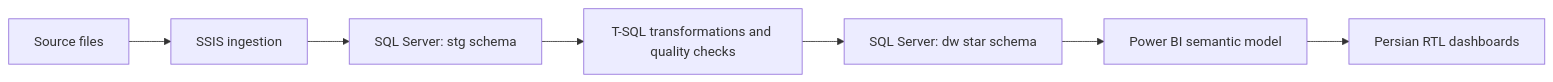
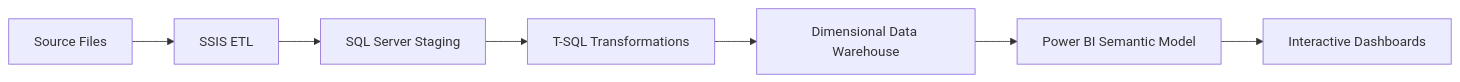
The diagram in README.md (amin-nadery/digikala-bi-analytics), drawn with Mermaid before and after one commit. The commit also changed other lines of this file, not shown here.

````diff
--- a/README.md
+++ b/README.md
@@ -63,9 +64,9 @@
 ```mermaid
 flowchart LR
-    A[Source files] --> B[SSIS ingestion]
-    B --> C[SQL Server: stg schema]
-    C --> D[T-SQL transformations and quality checks]
-    D --> E[SQL Server: dw star schema]
-    E --> F[Power BI semantic model]
-    F --> G[Persian RTL dashboards]
+    A["Source Files"] --> B["SSIS ETL"]
+    B --> C["SQL Server Staging"]
+    C --> D["T-SQL Transformations"]
+    D --> E["Dimensional Data Warehouse"]
+    E --> F["Power BI Semantic Model"]
+    F --> G["Interactive Dashboards"]
 ```
````
